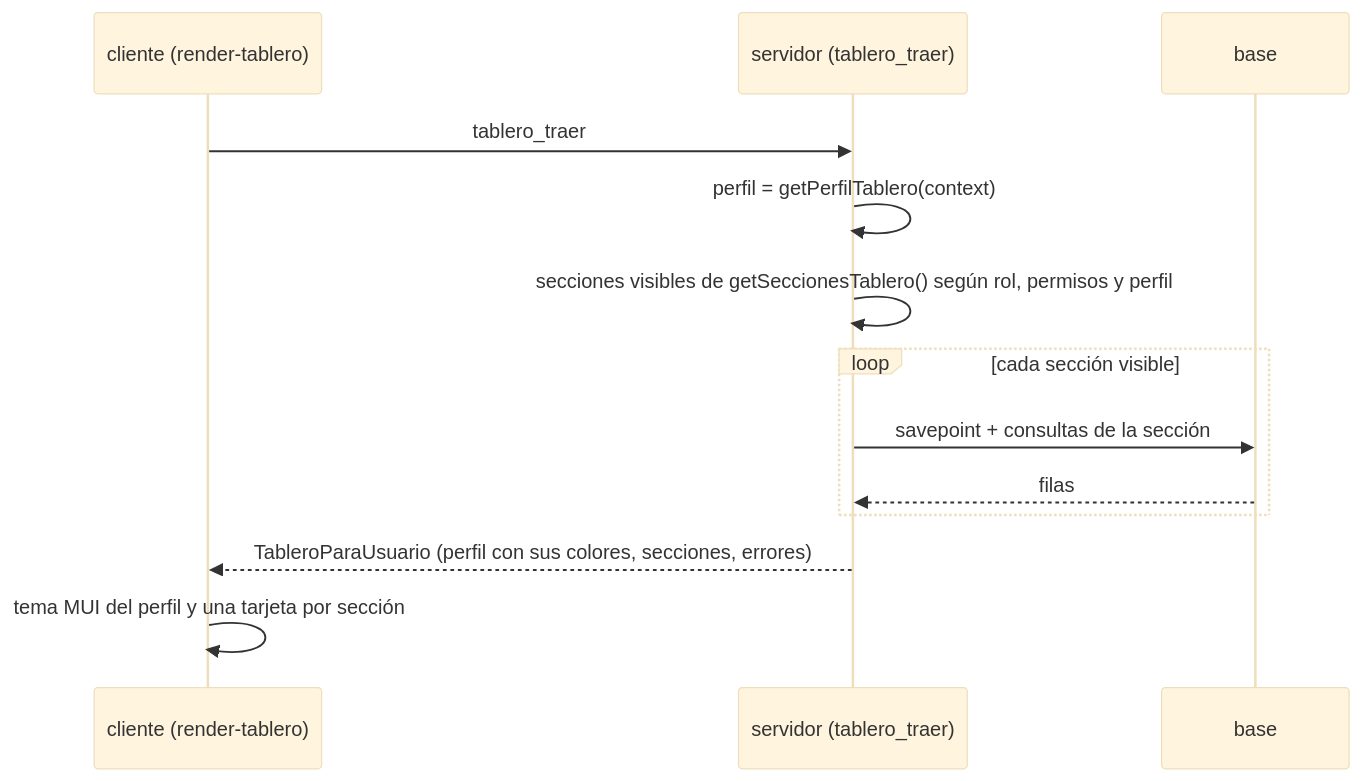
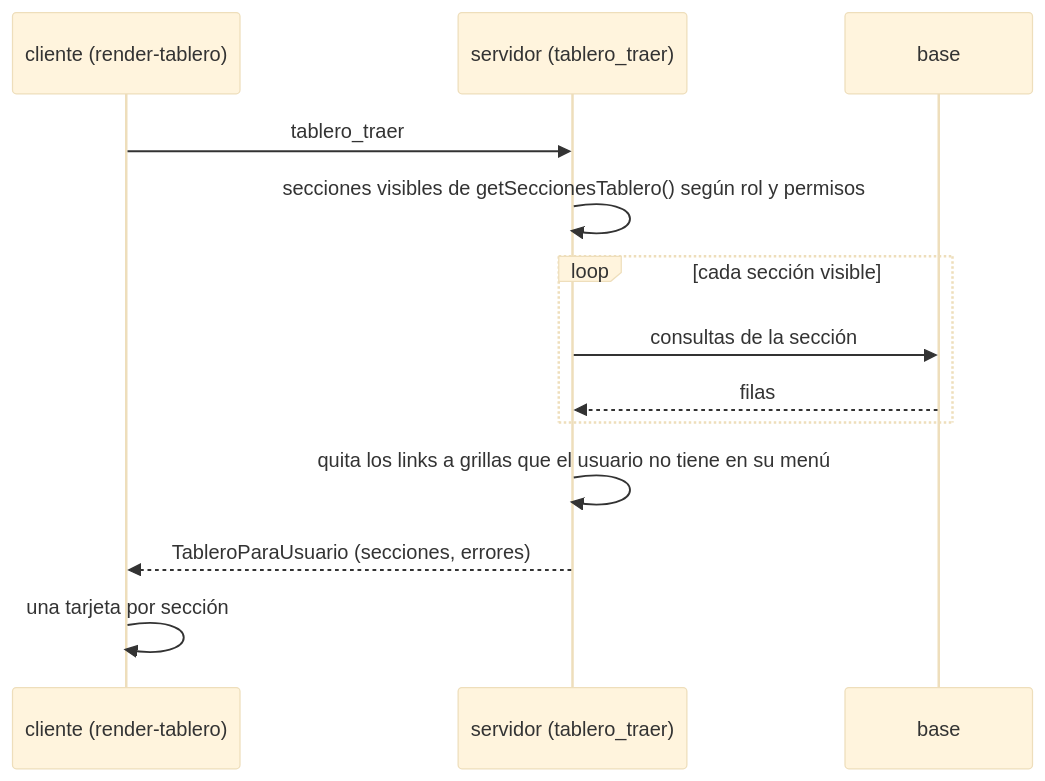
The diagram in docs/tablero.md (codenautas/dmencu), drawn with Mermaid (base theme) before and after one commit. The commit also changed other lines of this file and 15 other files, not shown here.

First line of the commit message:
tablero: por rol (sin perfiles), reutiliza el sql de control, gráficos, links a grillas y recepción

````diff
--- a/docs/tablero.md
+++ b/docs/tablero.md
@@ -18,15 +20,15 @@
 ```mermaid
 sequenceDiagram
     participant C as cliente (render-tablero)
     participant S as servidor (tablero_traer)
     participant B as base
     C->>S: tablero_traer
-    S->>S: perfil = getPerfilTablero(context)
-    S->>S: secciones visibles de getSeccionesTablero() según rol, permisos y perfil
+    S->>S: secciones visibles de getSeccionesTablero() según rol y permisos
     loop cada sección visible
-        S->>B: savepoint + consultas de la sección
+        S->>B: consultas de la sección
         B-->>S: filas
     end
-    S-->>C: TableroParaUsuario (perfil con sus colores, secciones, errores)
-    C->>C: tema MUI del perfil y una tarjeta por sección
+    S->>S: quita los links a grillas que el usuario no tiene en su menú
+    S-->>C: TableroParaUsuario (secciones, errores)
+    C->>C: una tarjeta por sección
 ```
````
